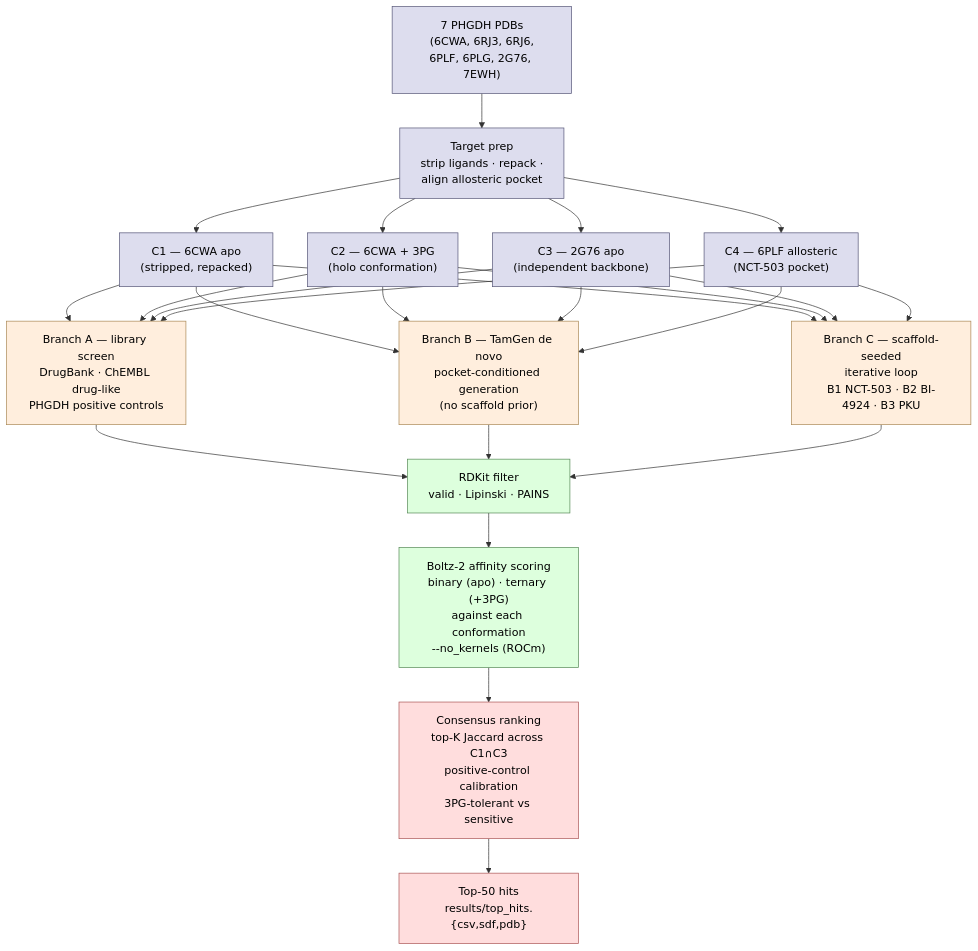
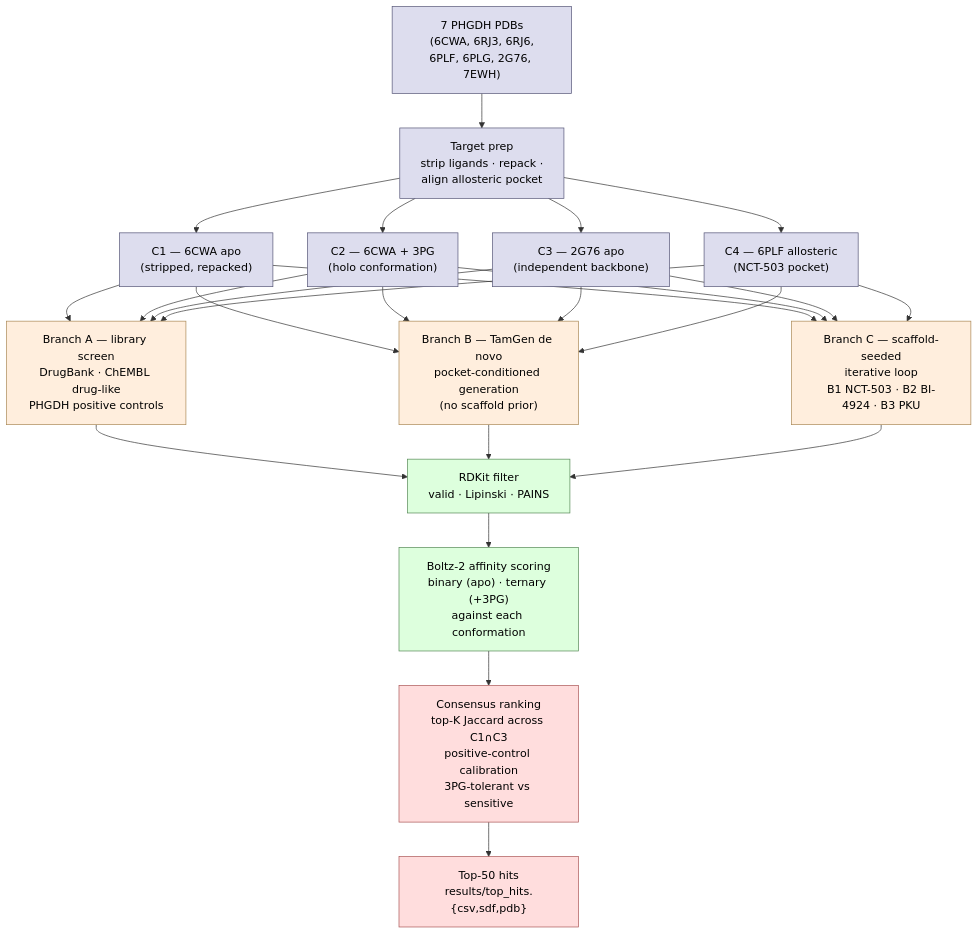
The first of 2 diagrams in README.md (l1joseph/Alzheimers_Drug_Discovery), drawn with Mermaid before and after one commit. The commit also changed other lines of this file, not shown here.

````diff
--- a/README.md
+++ b/README.md
@@ -11,35 +9,35 @@
 ```mermaid
 flowchart TD
     classDef target fill:#dde,stroke:#557,stroke-width:1px,color:#000
     classDef gen fill:#fed,stroke:#a85,stroke-width:1px,color:#000
     classDef score fill:#dfd,stroke:#585,stroke-width:1px,color:#000
     classDef rank fill:#fdd,stroke:#a55,stroke-width:1px,color:#000
 
     PDB["7 PHGDH PDBs<br/>(6CWA, 6RJ3, 6RJ6,<br/>6PLF, 6PLG, 2G76, 7EWH)"]:::target
     PREP["Target prep<br/>strip ligands · repack ·<br/>align allosteric pocket"]:::target
     C1["C1 — 6CWA apo<br/>(stripped, repacked)"]:::target
     C2["C2 — 6CWA + 3PG<br/>(holo conformation)"]:::target
     C3["C3 — 2G76 apo<br/>(independent backbone)"]:::target
     C4["C4 — 6PLF allosteric<br/>(NCT-503 pocket)"]:::target
 
     PDB --> PREP
     PREP --> C1 & C2 & C3 & C4
 
     A["Branch A — library screen<br/>DrugBank · ChEMBL drug-like<br/>PHGDH positive controls"]:::gen
     B["Branch B — TamGen de novo<br/>pocket-conditioned generation<br/>(no scaffold prior)"]:::gen
     C["Branch C — scaffold-seeded<br/>iterative loop<br/>B1 NCT-503 · B2 BI-4924 · B3 PKU"]:::gen
 
     C1 & C2 & C3 & C4 --> A & B & C
 
     RDKIT["RDKit filter<br/>valid · Lipinski · PAINS"]:::score
     A & B & C --> RDKIT
 
-    BOLTZ["Boltz-2 affinity scoring<br/>binary (apo) · ternary (+3PG)<br/>against each conformation<br/>--no_kernels (ROCm)"]:::score
+    BOLTZ["Boltz-2 affinity scoring<br/>binary (apo) · ternary (+3PG)<br/>against each conformation"]:::score
     RDKIT --> BOLTZ
 
     RANK["Consensus ranking<br/>top-K Jaccard across C1∩C3<br/>positive-control calibration<br/>3PG-tolerant vs sensitive"]:::rank
     BOLTZ --> RANK
 
     OUT["Top-50 hits<br/>results/top_hits.{csv,sdf,pdb}"]:::rank
     RANK --> OUT
 ```
````
